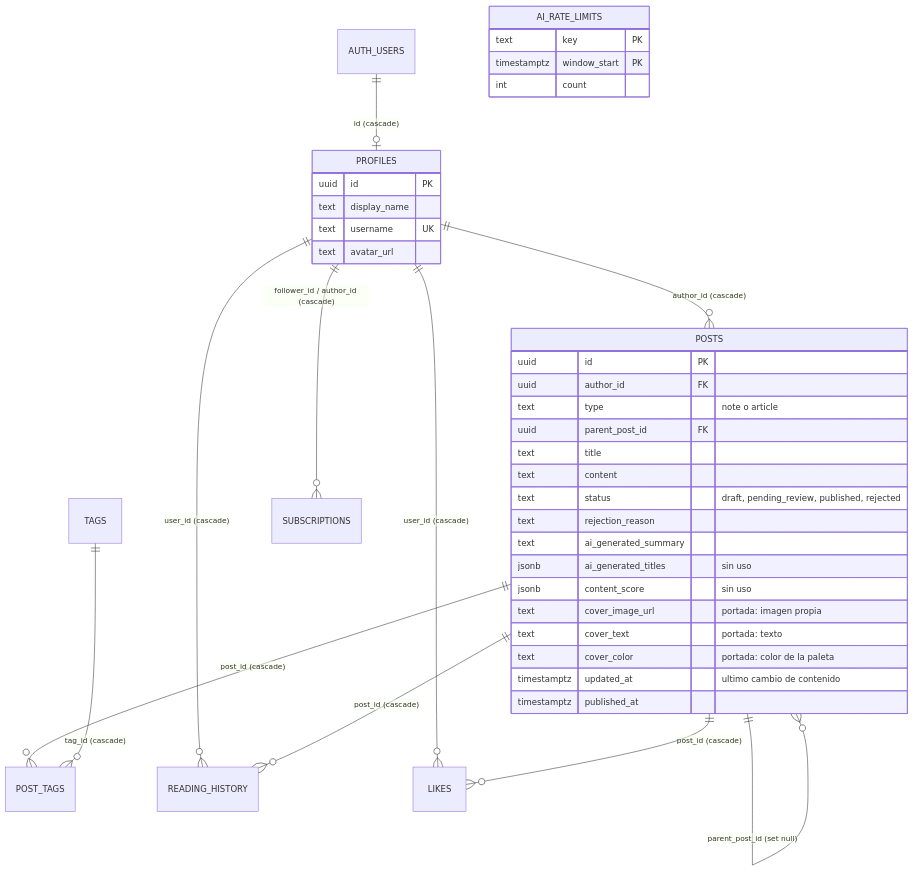
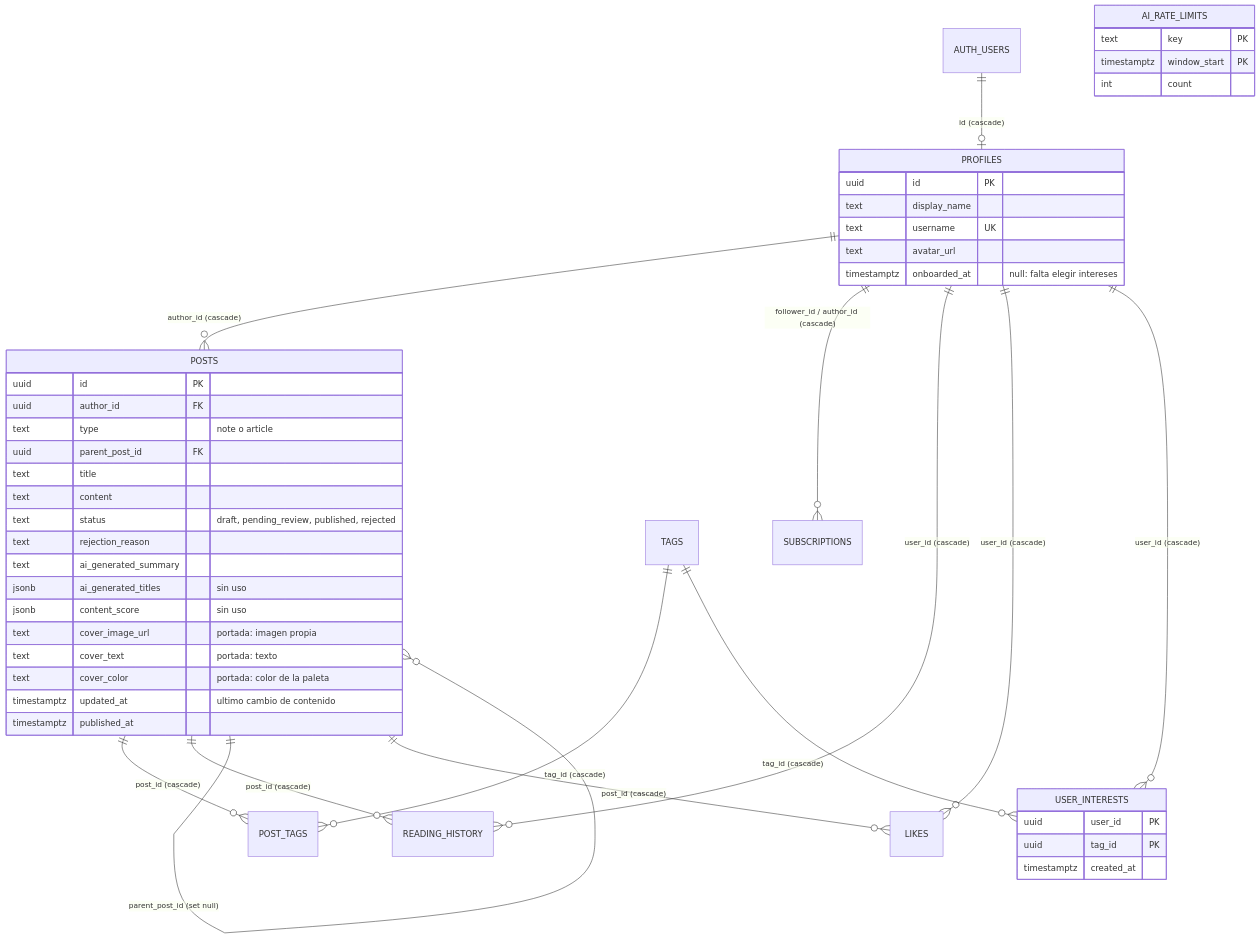
The diagram in docs/db/schema.md (dylan-tovar/blog-ia), drawn with Mermaid before and after one commit. The commit also changed other lines of this file and 1 other file, not shown here.

Commit message:
docs(db): document onboarded_at, user_interests and popular_tags

````diff
--- a/docs/db/schema.md
+++ b/docs/db/schema.md
@@ -21,43 +22,51 @@
 ```mermaid
 erDiagram
   AUTH_USERS ||--o| PROFILES : "id (cascade)"
   PROFILES ||--o{ POSTS : "author_id (cascade)"
   POSTS ||--o{ POST_TAGS : "post_id (cascade)"
   TAGS ||--o{ POST_TAGS : "tag_id (cascade)"
   PROFILES ||--o{ SUBSCRIPTIONS : "follower_id / author_id (cascade)"
   PROFILES ||--o{ READING_HISTORY : "user_id (cascade)"
   POSTS ||--o{ READING_HISTORY : "post_id (cascade)"
   POSTS ||--o{ POSTS : "parent_post_id (set null)"
   PROFILES ||--o{ LIKES : "user_id (cascade)"
   POSTS ||--o{ LIKES : "post_id (cascade)"
+  PROFILES ||--o{ USER_INTERESTS : "user_id (cascade)"
+  TAGS ||--o{ USER_INTERESTS : "tag_id (cascade)"
 
   PROFILES {
     uuid id PK
     text display_name
     text username UK
     text avatar_url
+    timestamptz onboarded_at "null: falta elegir intereses"
+  }
+  USER_INTERESTS {
+    uuid user_id PK
+    uuid tag_id PK
+    timestamptz created_at
   }
   POSTS {
     uuid id PK
     uuid author_id FK
     text type "note o article"
     uuid parent_post_id FK
     text title
     text content
     text status "draft, pending_review, published, rejected"
     text rejection_reason
     text ai_generated_summary
     jsonb ai_generated_titles "sin uso"
     jsonb content_score "sin uso"
     text cover_image_url "portada: imagen propia"
     text cover_text "portada: texto"
     text cover_color "portada: color de la paleta"
     timestamptz updated_at "ultimo cambio de contenido"
     timestamptz published_at
   }
   AI_RATE_LIMITS {
     text key PK
     timestamptz window_start PK
     int count
   }
 ```
````
